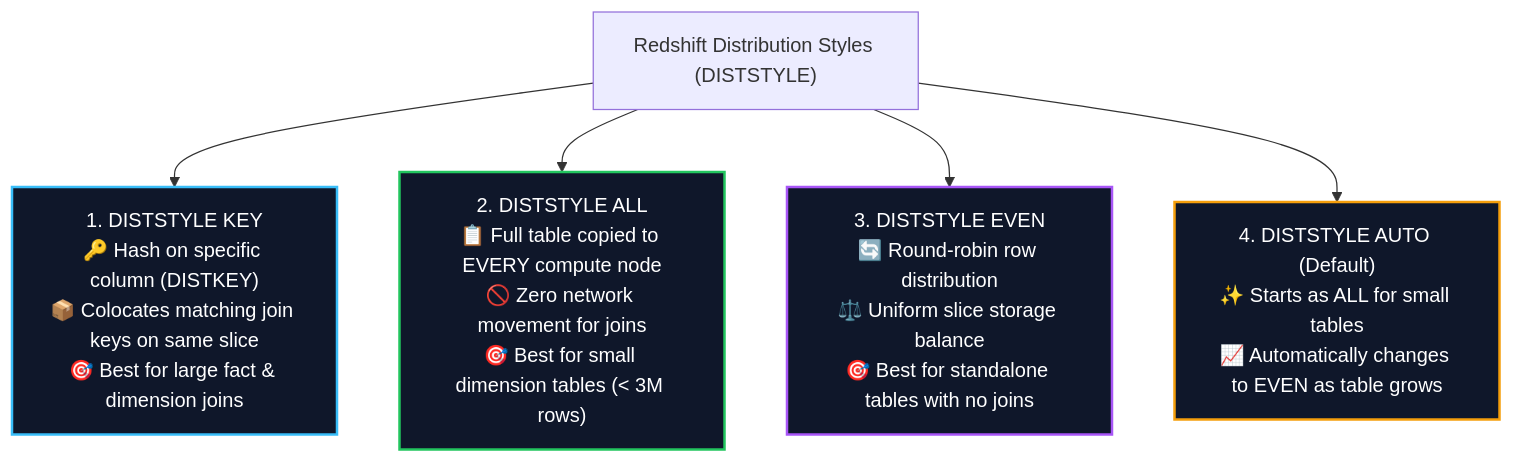
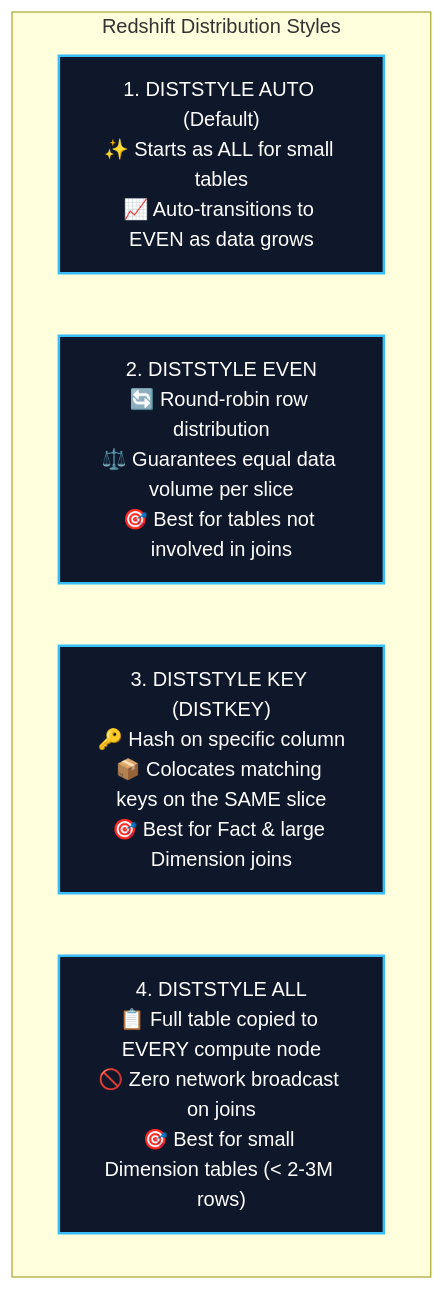
Before and after one commit to Wathon/aws-dea-c01-note: the second of 9 diagrams in content/02-services/database/redshift.md, drawn with Mermaid. The commit also changed other lines of this file, not shown here.

Commit message:
feat(redshift): comprehensively map and detail all 46 course slides (pages 220-265) into master study note

````diff
--- a/content/02-services/database/redshift.md
+++ b/content/02-services/database/redshift.md
@@ -131,17 +156,12 @@
 ```mermaid
 graph TD
-    DistStyle["Redshift Distribution Styles (DISTSTYLE)"] --> Key["1. DISTSTYLE KEY<br/>🔑 Hash on specific column (DISTKEY)<br/>📦 Colocates matching join keys on same slice<br/>🎯 Best for large fact & dimension joins"]
-    DistStyle --> All["2. DISTSTYLE ALL<br/>📋 Full table copied to EVERY compute node<br/>🚫 Zero network movement for joins<br/>🎯 Best for small dimension tables (< 3M rows)"]
-    DistStyle --> Even["3. DISTSTYLE EVEN<br/>🔄 Round-robin row distribution<br/>⚖️ Uniform slice storage balance<br/>🎯 Best for standalone tables with no joins"]
-    DistStyle --> Auto["4. DISTSTYLE AUTO (Default)<br/>✨ Starts as ALL for small tables<br/>📈 Automatically changes to EVEN as table grows"]
+    subgraph DistStyles["Redshift Distribution Styles"]
+        D_Auto["1. DISTSTYLE AUTO (Default)<br/>✨ Starts as ALL for small tables<br/>📈 Auto-transitions to EVEN as data grows"]
+        D_Even["2. DISTSTYLE EVEN<br/>🔄 Round-robin row distribution<br/>⚖️ Guarantees equal data volume per slice<br/>🎯 Best for tables not involved in joins"]
+        D_Key["3. DISTSTYLE KEY (DISTKEY)<br/>🔑 Hash on specific column<br/>📦 Colocates matching keys on the SAME slice<br/>🎯 Best for Fact & large Dimension joins"]
+        D_All["4. DISTSTYLE ALL<br/>📋 Full table copied to EVERY compute node<br/>🚫 Zero network broadcast on joins<br/>🎯 Best for small Dimension tables (< 2-3M rows)"]
+    end
 
-    classDef k fill:#0f172a,stroke:#38bdf8,stroke-width:2px,color:#fff;
-    classDef a fill:#0f172a,stroke:#22c55e,stroke-width:2px,color:#fff;
-    classDef e fill:#0f172a,stroke:#a855f7,stroke-width:2px,color:#fff;
-    classDef au fill:#0f172a,stroke:#f59e0b,stroke-width:2px,color:#fff;
-
-    class Key k;
-    class All a;
-    class Even e;
-    class Auto au;
+    classDef d fill:#0f172a,stroke:#38bdf8,stroke-width:2px,color:#fff;
+    class D_Auto,D_Even,D_Key,D_All d;
 ```
````
